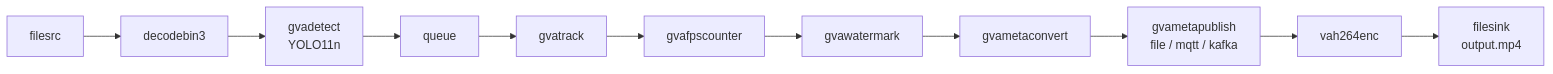
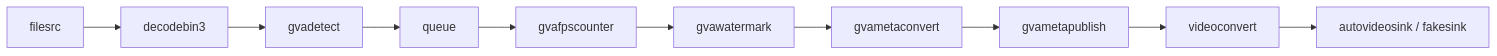
Before and after one commit to open-edge-platform/dlstreamer: the second of 2 diagrams in samples/auto_generated_samples/deepstream_conversion/README.md, drawn with Mermaid. The commit also changed other lines of this file and 3 other files, not shown here.

````diff
--- a/samples/auto_generated_samples/deepstream_conversion/README.md
+++ b/samples/auto_generated_samples/deepstream_conversion/README.md
@@ -20,13 +46,12 @@
 ```mermaid
 graph LR
     A[filesrc] --> B[decodebin3]
-    B --> C[gvadetect<br/>YOLO11n]
+    B --> C[gvadetect]
     C --> D[queue]
-    D --> E[gvatrack]
-    E --> F[gvafpscounter]
-    F --> G[gvawatermark]
-    G --> H[gvametaconvert]
-    H --> I[gvametapublish<br/>file / mqtt / kafka]
-    I --> J[vah264enc]
-    J --> K[filesink<br/>output.mp4]
+    D --> E[gvafpscounter]
+    E --> F[gvawatermark]
+    F --> G[gvametaconvert]
+    G --> H[gvametapublish]
+    H --> I[videoconvert]
+    I --> J["autovideosink / fakesink"]
 ```
````
